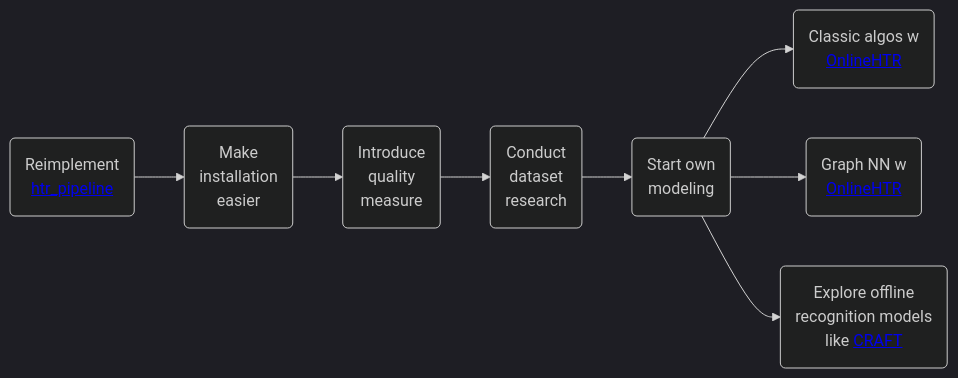
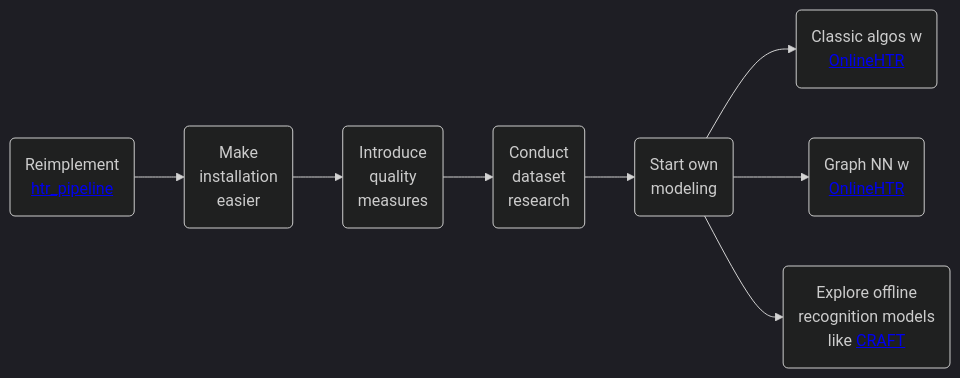
Before and after one commit to PellelNitram/xournalpp_htr: the diagram in docs/roadmap.md, drawn with Mermaid (dark theme). The commit also changed other lines of this file, not shown here.

Commit message:
Work on roadmap documentation page.

````diff
--- a/docs/roadmap.md
+++ b/docs/roadmap.md
@@ -9,46 +9,46 @@
 ```mermaid
 flowchart LR
     A0(
         Conduct
         dataset
         research
     )
     A(
         Reimplement
         <a href="https://github.com/githubharald/HTRPipeline">htr_pipeline</a>
     )
     B(
         Classic algos w
         <a href="https://github.com/PellelNitram/OnlineHTR">OnlineHTR</a>
     )
     C(
         Start own
         modeling
     )
     D(
         Introduce
         quality
-        measure
+        measures
     )
     E(
         Graph NN w
         <a href="https://github.com/PellelNitram/OnlineHTR">OnlineHTR</a>
     )
     F(
         Make
         installation
         easier
     )
     G(
         Explore offline
         recognition models
         like <a href="https://arxiv.org/abs/1904.01941">CRAFT</a>
     )
     A --> F
     F --> D
     D --> A0
     A0 --> C
     C --> B
     C --> E
     C --> G
 ```
````
